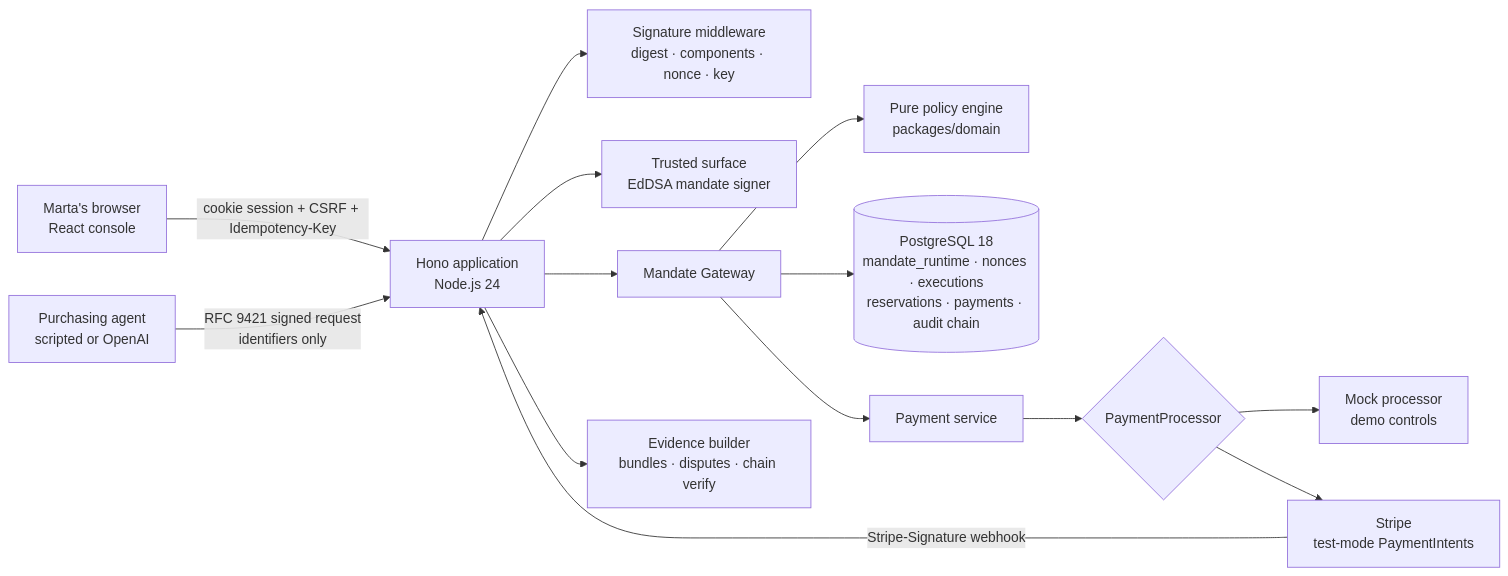
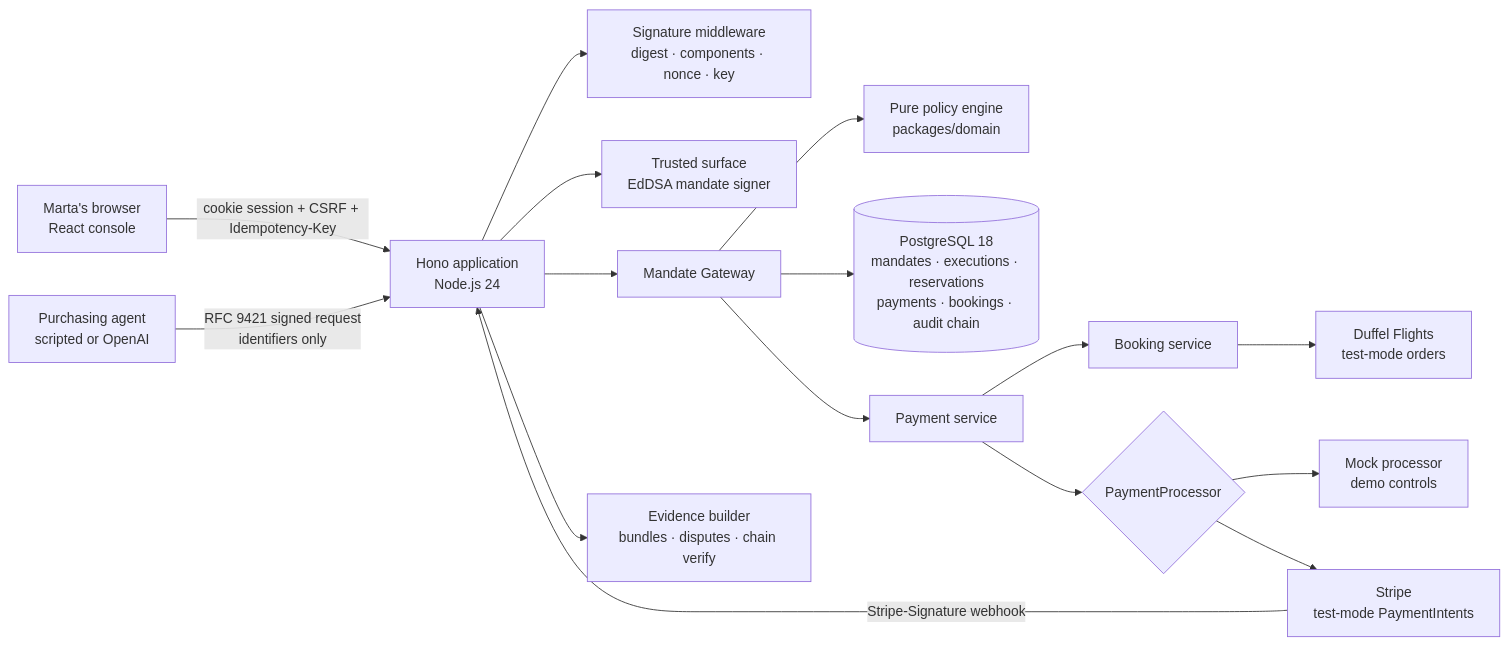
Before and after one commit to r0bops/Authera: the first of 4 diagrams in docs/architecture.md, drawn with Mermaid. The commit also changed other lines of this file and 38 other files, not shown here.

Commit message:
feat: fulfill Duffel orders after Stripe authorization

````diff
--- a/docs/architecture.md
+++ b/docs/architecture.md
@@ -5,16 +5,18 @@
 ```mermaid
 flowchart LR
   H[Marta's browser<br/>React console] -->|cookie session + CSRF + Idempotency-Key| API[Hono application<br/>Node.js 24]
   A[Purchasing agent<br/>scripted or OpenAI] -->|RFC 9421 signed request<br/>identifiers only| API
   API --> SIG[Signature middleware<br/>digest · components · nonce · key]
   API --> TS[Trusted surface<br/>EdDSA mandate signer]
   API --> MG[Mandate Gateway]
   MG --> PE[Pure policy engine<br/>packages/domain]
-  MG --> DB[(PostgreSQL 18<br/>mandate_runtime · nonces · executions<br/>reservations · payments · audit chain)]
+  MG --> DB[(PostgreSQL 18<br/>mandates · executions · reservations<br/>payments · bookings · audit chain)]
   MG --> PAY[Payment service]
+  PAY --> BOOK[Booking service]
+  BOOK --> DUFFEL[Duffel Flights<br/>test-mode orders]
   PAY --> PP{PaymentProcessor}
   PP --> MOCK[Mock processor<br/>demo controls]
   PP --> STRIPE[Stripe<br/>test-mode PaymentIntents]
   STRIPE -->|Stripe-Signature webhook| API
   API --> EV[Evidence builder<br/>bundles · disputes · chain verify]
 ```
````
